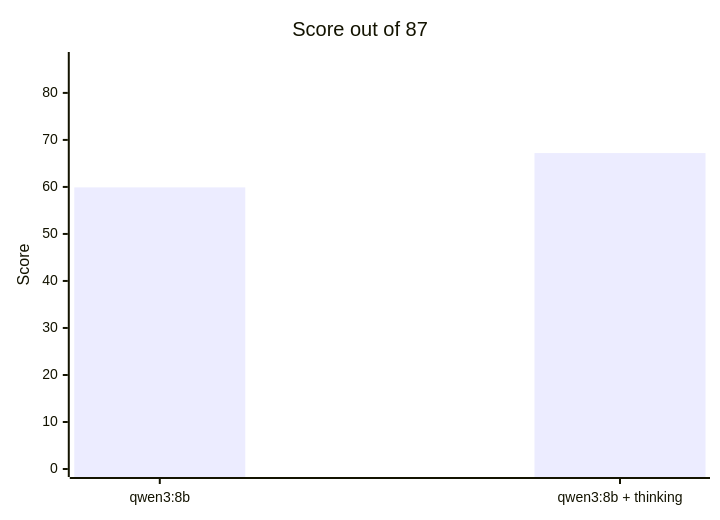
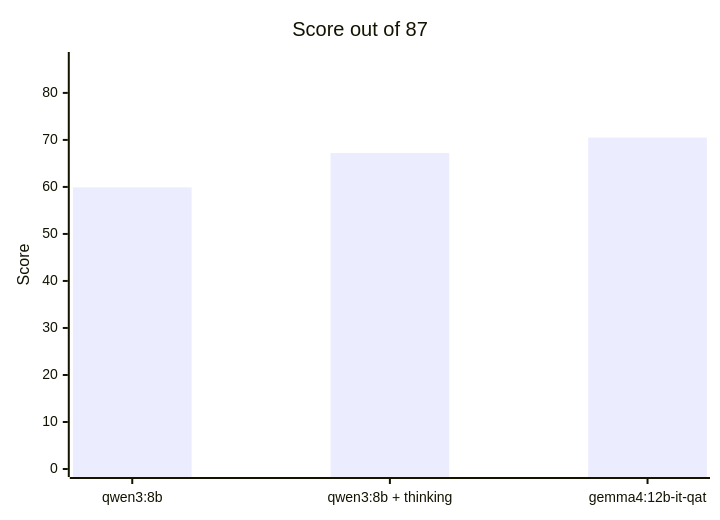
One commit to sdeparte/kb-meeting-agent changed the first of 2 diagrams in docs/benchmarks.md. Above: the diagram before and after it, drawn with Mermaid. The commit also changed other lines of this file, not shown here.

Commit message:
docs(bench): gemma4:12b on strong

````diff
--- a/docs/benchmarks.md
+++ b/docs/benchmarks.md
@@ -48,7 +49,7 @@
 ```mermaid
 xychart-beta
   title "Score out of 87"
-  x-axis ["qwen3:8b", "qwen3:8b + thinking"]
+  x-axis ["qwen3:8b", "qwen3:8b + thinking", "gemma4:12b-it-qat"]
   y-axis "Score" 0 --> 87
-  bar [59.9, 67.2]
+  bar [59.9, 67.2, 70.5]
 ```
````
